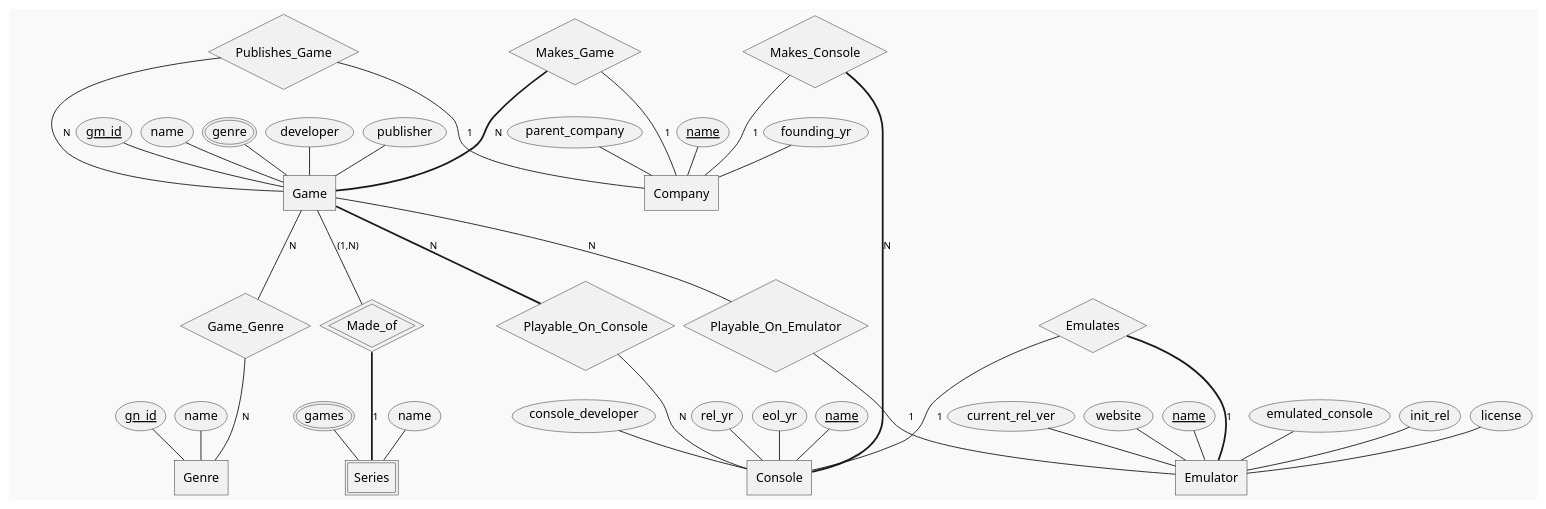
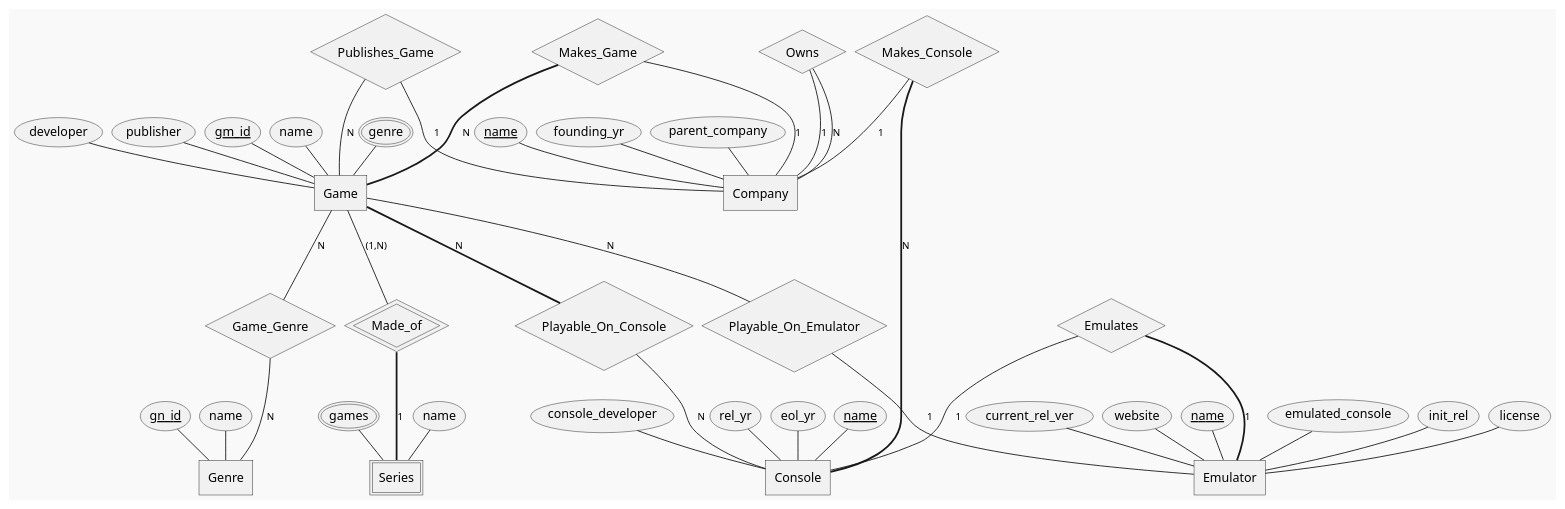
One commit to AndrewN20/CS4347-005-TeamSupremeVictory-main changed the diagram in eerDiagram.plantuml. Above: the diagram before and after it, drawn with PlantUML.

Commit message:
added Owns relation for Company to correspond to parent_company attribute

```diff
--- a/eerDiagram.plantuml
+++ b/eerDiagram.plantuml
@@ -1,99 +1,104 @@
 @startchen
 !theme mars
 '!theme mono
 
 'vertical spacing
 skinparam ranksep 30
 'horizontal spacing
 skinparam nodesep 10  
 
 'entity definitions
 entity Game {
         'pk
         gm_id <<key>>
         name
         genre <<multi>>
         'fk
         developer
         'fk
         publisher
 }
 
 entity Series <<weak>> {
         name
         games <<multi>>
 }
 
 entity Genre {
         'pk
         gn_id <<key>>
         name
 }
 
 entity Console {
         'pk
         name <<key>>
         console_developer
         rel_yr
         eol_yr
 }
 
 entity Company{
         'pk
         name <<key>>
         founding_yr
+        'fk
         parent_company
-        '... IDK what else to put here
 }
 
 entity Emulator {
         'pk
         name <<key>>
         emulated_console
         init_rel
         license
         current_rel_ver
         website
 }
 'relationship definitions
 relationship "Game_Genre" as gg {
 }
 relationship "Made_of" as MO <<identifying>> {
 }
 relationship "Makes_Game" as mg {
 }
 relationship "Publishes_Game" as pg {
 }
 relationship "Makes_Console" as mc {
+}
+relationship "Owns" as own {
 }
 relationship "Playable_On_Console" as ploc {
 }
 relationship "Playable_On_Emulator" as ploe {
 }
 relationship Emulates {
 }
 
 Game -(1,N)- MO
 MO =1= Series
 
 Game -N- gg
 gg -N- Genre
 
 Game =N= ploc
 ploc -N- Console
 
 Game -N- ploe
 ploe -1- Emulator
 
 mg -1- Company
 mg =N= Game
 
 pg -1- Company
 pg -N- Game
 
 mc -1- Company
 mc =N= Console
 
+own -1- Company
+own -N- Company
+
 Emulates -1- Console
 Emulates =1= Emulator
 @endchen
```
